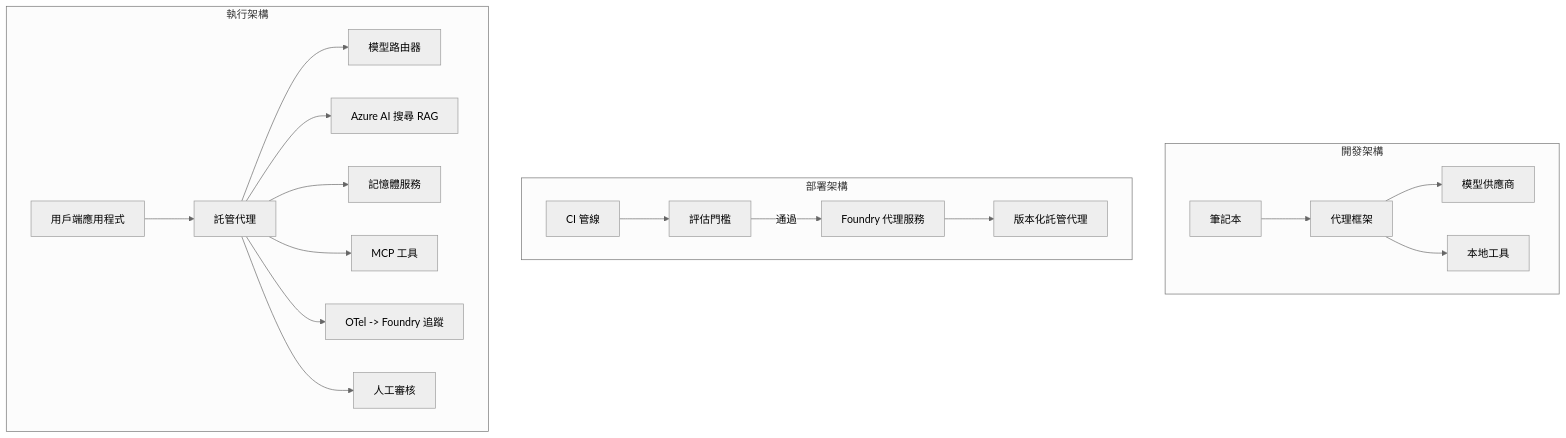
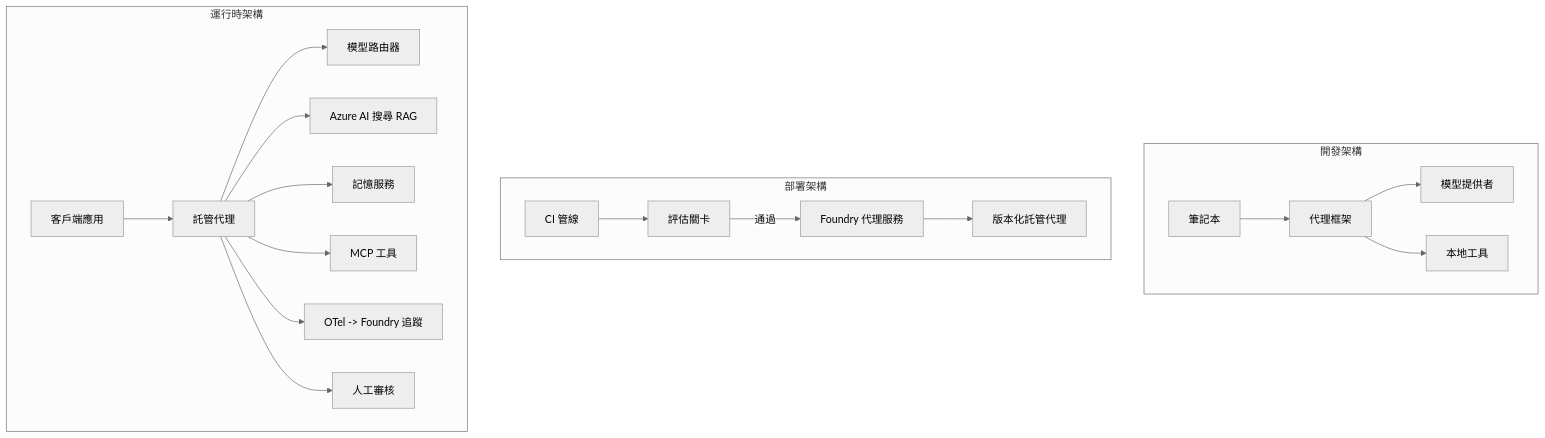
The fourth of 4 diagrams in translations/zh-TW/16-deploying-scalable-agents/README.md (microsoft/ai-agents-for-beginners), drawn with Mermaid (neutral theme) before and after one commit. The commit also changed other lines of this file and 44 other files, not shown here.

````diff
--- a/translations/zh-TW/16-deploying-scalable-agents/README.md
+++ b/translations/zh-TW/16-deploying-scalable-agents/README.md
@@ -185,22 +185,22 @@
 ```mermaid
 flowchart TB
     subgraph Dev[開發架構]
         D1[筆記本] --> D2[代理框架]
-        D2 --> D3[模型供應商]
+        D2 --> D3[模型提供者]
         D2 --> D4[本地工具]
     end
     subgraph Deploy[部署架構]
-        E1[CI 管線] --> E2[評估門檻]
+        E1[CI 管線] --> E2[評估關卡]
         E2 -->|通過| E3[Foundry 代理服務]
         E3 --> E4[版本化託管代理]
     end
-    subgraph Run[執行架構]
-        F1[用戶端應用程式] --> F2[託管代理]
+    subgraph Run[運行時架構]
+        F1[客戶端應用] --> F2[託管代理]
         F2 --> F3[模型路由器]
         F2 --> F4[Azure AI 搜尋 RAG]
-        F2 --> F5[記憶體服務]
+        F2 --> F5[記憶服務]
         F2 --> F6[MCP 工具]
         F2 --> F7[OTel -> Foundry 追蹤]
         F2 --> F8[人工審核]
     end
 ```
````
